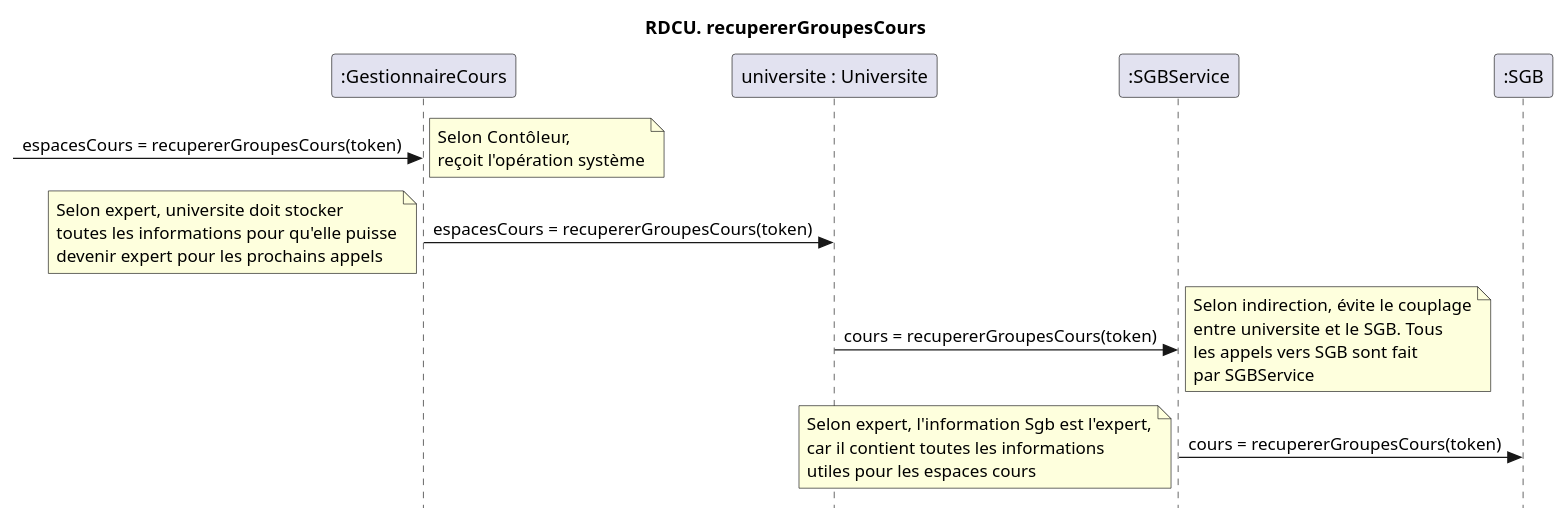
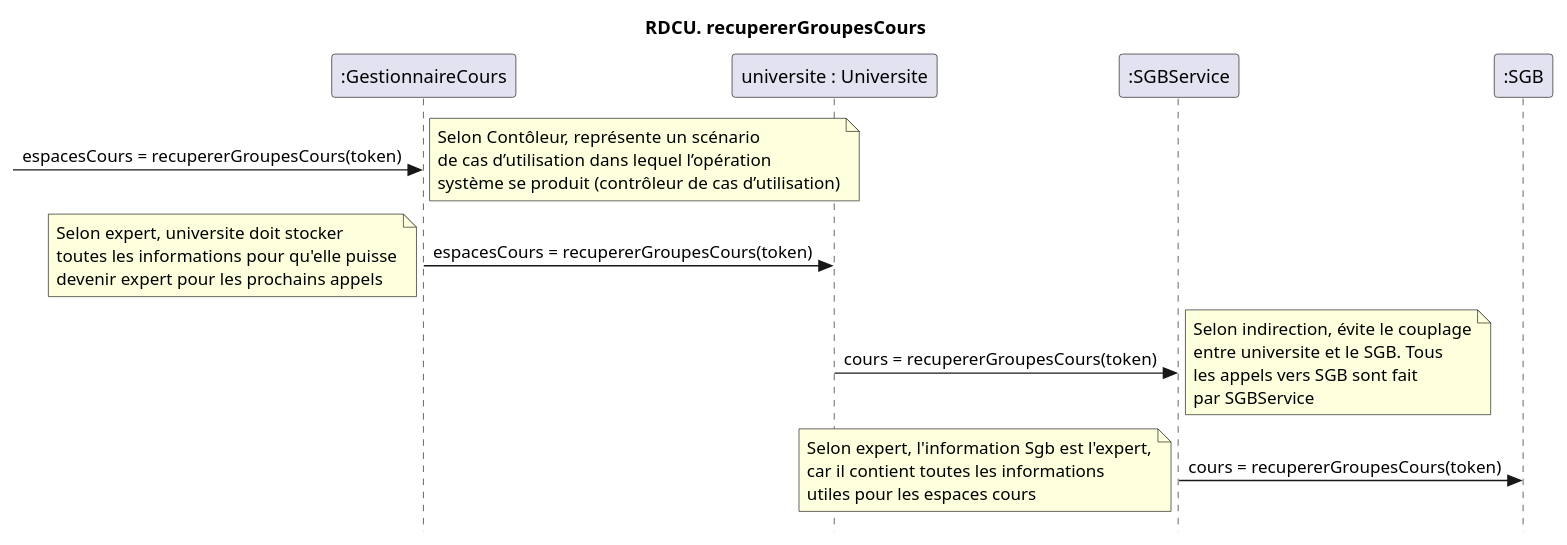
One commit to nerdz88/SGA-TS changed the diagram in docs/Ajouter cours/RDCU_recupererGroupesCours.puml. Above: the diagram before and after it, drawn with PlantUML. The commit also changed 18 other files, not shown here.

```diff
--- a/docs/Ajouter cours/RDCU_recupererGroupesCours.puml
+++ b/docs/Ajouter cours/RDCU_recupererGroupesCours.puml
@@ -1,21 +1,21 @@
 @startuml recupererCoursSgb
 skinparam style strictuml
 skinparam defaultfontname Verdana
 title RDCU. recupererGroupesCours
 participant ":GestionnaireCours" as gesCours
 participant "universite : Universite" as uni
 participant ":SGBService" as service
 participant ":SGB" as sgb
 
 ' Lionel: Dans le SGB c'est juste des cours/groupes cours
 ' Alors: recupererEspacesCoursSgb => recupererGroupesCours
 ' Pas besoin de spécifier SGB pcq on n'a pas de GroupesCours dans le SGA
 ->gesCours : espacesCours = recupererGroupesCours(token)
-note left : Selon Contôleur,\nreçoit l'opération système
+note left : Selon Contôleur, représente un scénario\nde cas d’utilisation dans lequel l’opération\nsystème se produit (contrôleur de cas d’utilisation)
 gesCours -> uni  : espacesCours = recupererGroupesCours(token)
 note left : Selon expert, universite doit stocker\ntoutes les informations pour qu'elle puisse\ndevenir expert pour les prochains appels
 uni->service: cours = recupererGroupesCours(token)
 note right : Selon indirection, évite le couplage\nentre universite et le SGB. Tous\nles appels vers SGB sont fait\npar SGBService
 service -> sgb : cours = recupererGroupesCours(token)
 note left : Selon expert, l'information Sgb est l'expert,\ncar il contient toutes les informations\nutiles pour les espaces cours
 @enduml
```
